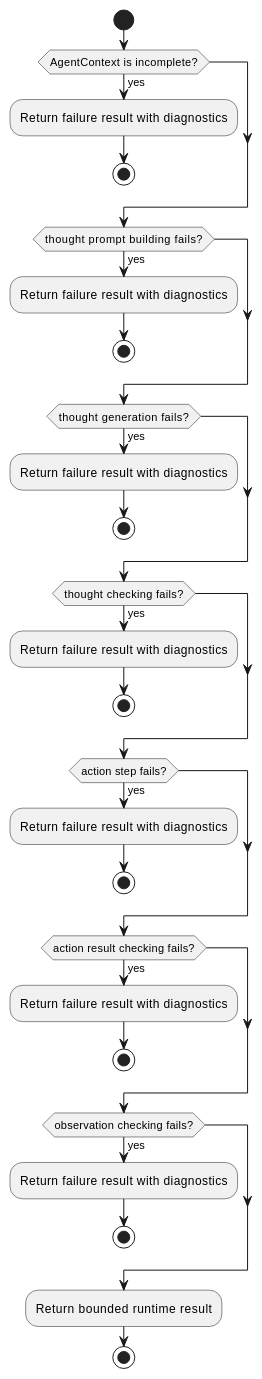
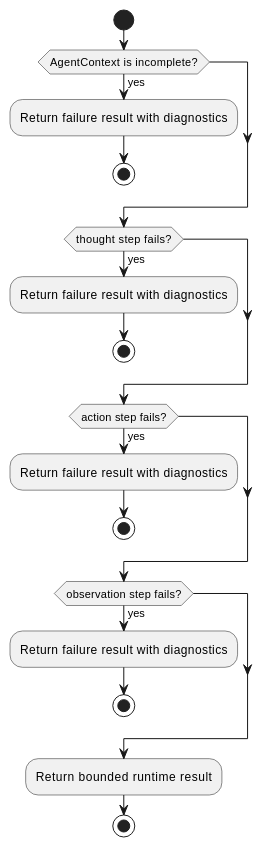
One commit to lucky-chen/ai_workflow_travel changed the sixth of 10 diagrams in infra_projects/projects/agent_runtime/docs/breakdown_docs/agent_orchestration_design.md. Above: the diagram before and after it, drawn with PlantUML. The commit also changed other lines of this file and 20 other files, not shown here.

````diff
--- a/infra_projects/projects/agent_runtime/docs/breakdown_docs/agent_orchestration_design.md
+++ b/infra_projects/projects/agent_runtime/docs/breakdown_docs/agent_orchestration_design.md
@@ -401,35 +386,23 @@
 ```plantuml
 @startuml
 start
 if (AgentContext is incomplete?) then (yes)
   :Return failure result with diagnostics;
   stop
 endif
-if (thought prompt building fails?) then (yes)
-  :Return failure result with diagnostics;
-  stop
-endif
-if (thought generation fails?) then (yes)
-  :Return failure result with diagnostics;
-  stop
-endif
-if (thought checking fails?) then (yes)
+if (thought step fails?) then (yes)
   :Return failure result with diagnostics;
   stop
 endif
 if (action step fails?) then (yes)
   :Return failure result with diagnostics;
   stop
 endif
-if (action result checking fails?) then (yes)
-  :Return failure result with diagnostics;
-  stop
-endif
-if (observation checking fails?) then (yes)
+if (observation step fails?) then (yes)
   :Return failure result with diagnostics;
   stop
 endif
 :Return bounded runtime result;
 stop
 @enduml
 ```
````
